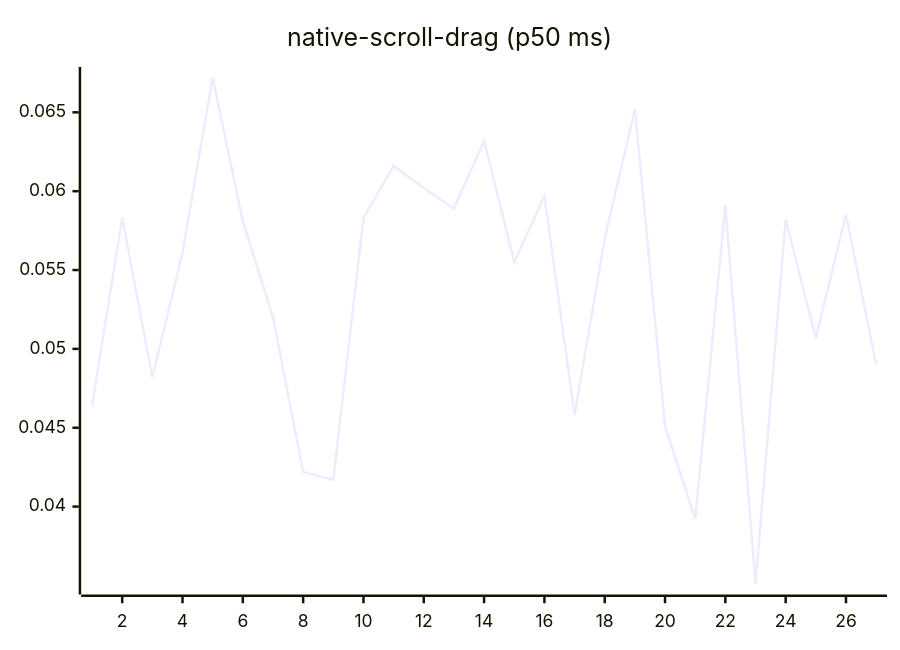
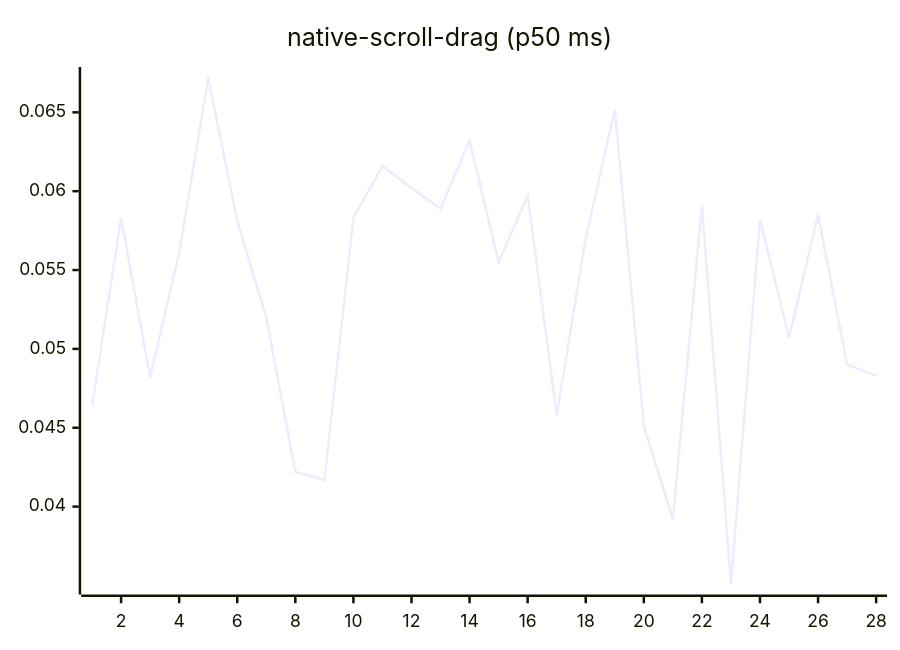
Diagram 14 of 27 in README.md (josha/Facet), drawn with Mermaid before and after one commit. The commit also changed other lines of this file and 2 other files, not shown here.

````diff
--- a/README.md
+++ b/README.md
@@ -154,6 +154,6 @@
 ```mermaid
 xychart-beta
     title "native-scroll-drag (p50 ms)"
-    x-axis 1 --> 27
-    line [0.0464, 0.0583, 0.0482, 0.0561, 0.0672, 0.0581, 0.0520, 0.0422, 0.0417, 0.0583, 0.0616, 0.0602, 0.0589, 0.0632, 0.0555, 0.0597, 0.0458, 0.0570, 0.0652, 0.0451, 0.0392, 0.0591, 0.0351, 0.0582, 0.0507, 0.0585, 0.0490]
+    x-axis 1 --> 28
+    line [0.0464, 0.0583, 0.0482, 0.0561, 0.0672, 0.0581, 0.0520, 0.0422, 0.0417, 0.0583, 0.0616, 0.0602, 0.0589, 0.0632, 0.0555, 0.0597, 0.0458, 0.0570, 0.0652, 0.0451, 0.0392, 0.0591, 0.0351, 0.0582, 0.0507, 0.0585, 0.0490, 0.0483]
 ```
````
